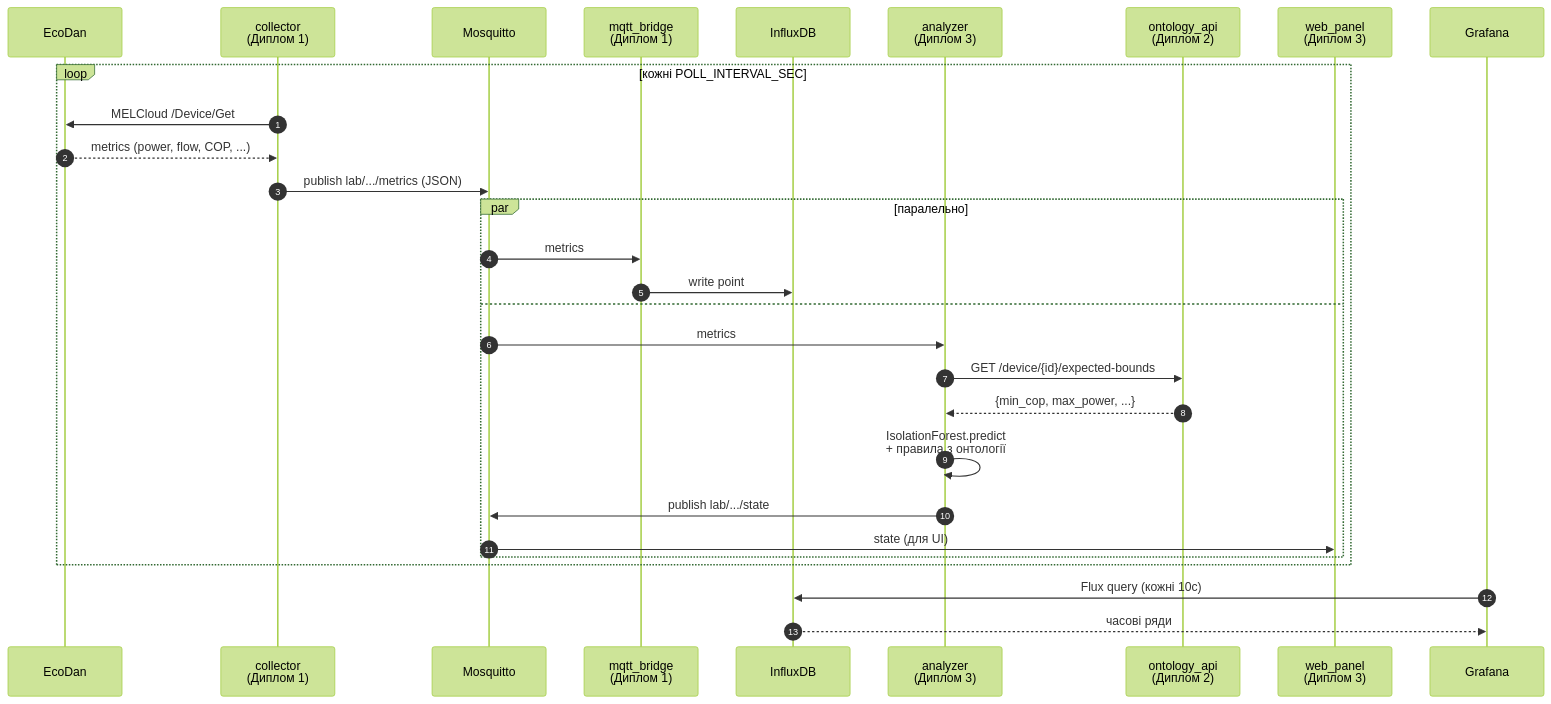
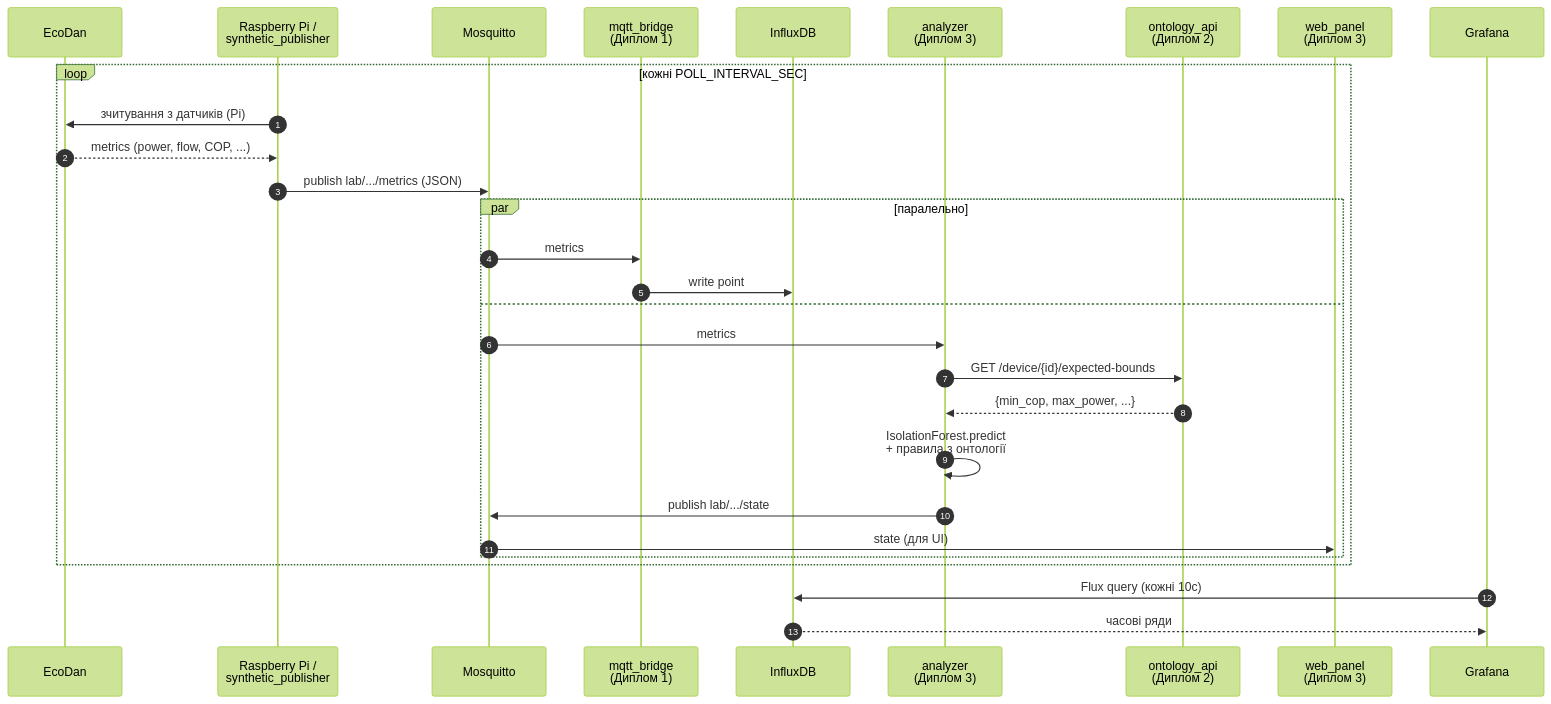
One commit to eLQeR/Energy-System changed the second of 3 diagrams in ARCHITECTURE.md. Above: the diagram before and after it, drawn with Mermaid (forest theme). The commit also changed other lines of this file and 9 other files, not shown here.

````diff
--- a/ARCHITECTURE.md
+++ b/ARCHITECTURE.md
@@ -73,33 +75,33 @@
 ```mermaid
 sequenceDiagram
     autonumber
     participant HP as EcoDan
-    participant C as collector<br/>(Диплом 1)
+    participant C as Raspberry Pi /<br/>synthetic_publisher
     participant M as Mosquitto
     participant B as mqtt_bridge<br/>(Диплом 1)
     participant I as InfluxDB
     participant A as analyzer<br/>(Диплом 3)
     participant O as ontology_api<br/>(Диплом 2)
     participant P as web_panel<br/>(Диплом 3)
     participant G as Grafana
 
     loop кожні POLL_INTERVAL_SEC
-        C->>HP: MELCloud /Device/Get
+        C->>HP: зчитування з датчиків (Pi)
         HP-->>C: metrics (power, flow, COP, ...)
         C->>M: publish lab/.../metrics (JSON)
         par паралельно
             M->>B: metrics
             B->>I: write point
         and
             M->>A: metrics
             A->>O: GET /device/{id}/expected-bounds
             O-->>A: {min_cop, max_power, ...}
             A->>A: IsolationForest.predict<br/>+ правила з онтології
             A->>M: publish lab/.../state
             M->>P: state (для UI)
         end
     end
 
     G->>I: Flux query (кожні 10с)
     I-->>G: часові ряди
 ```
````
